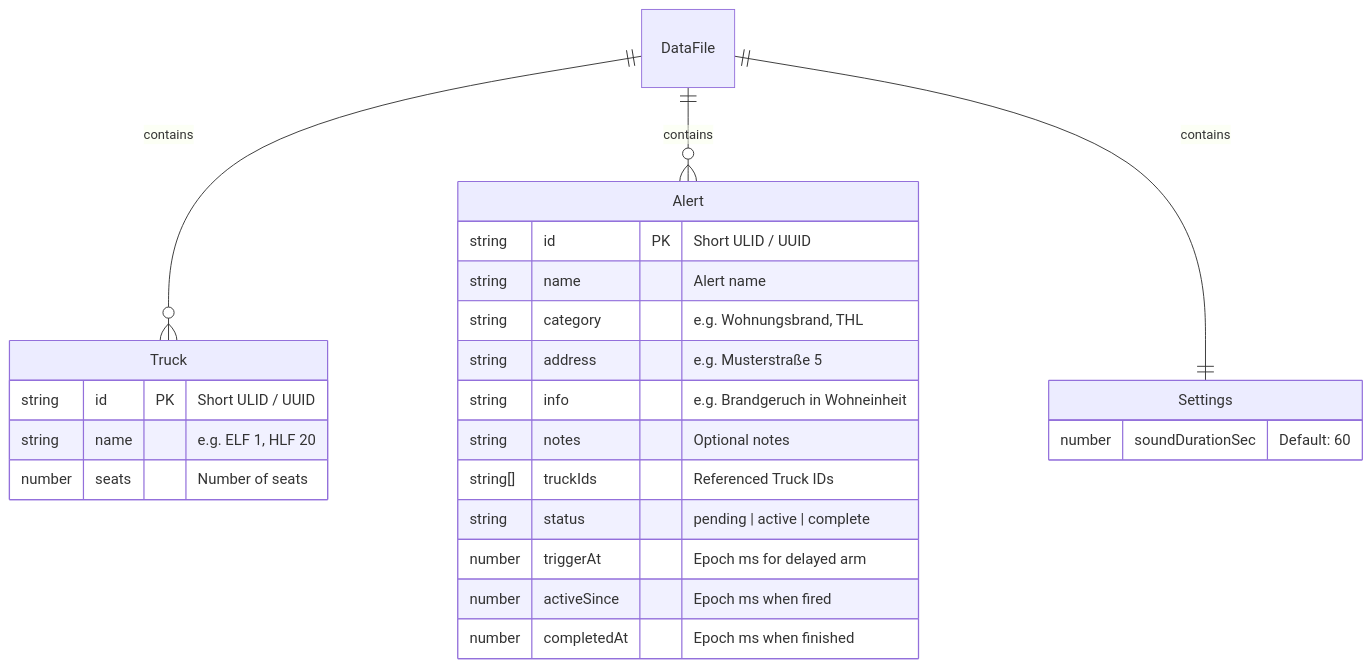
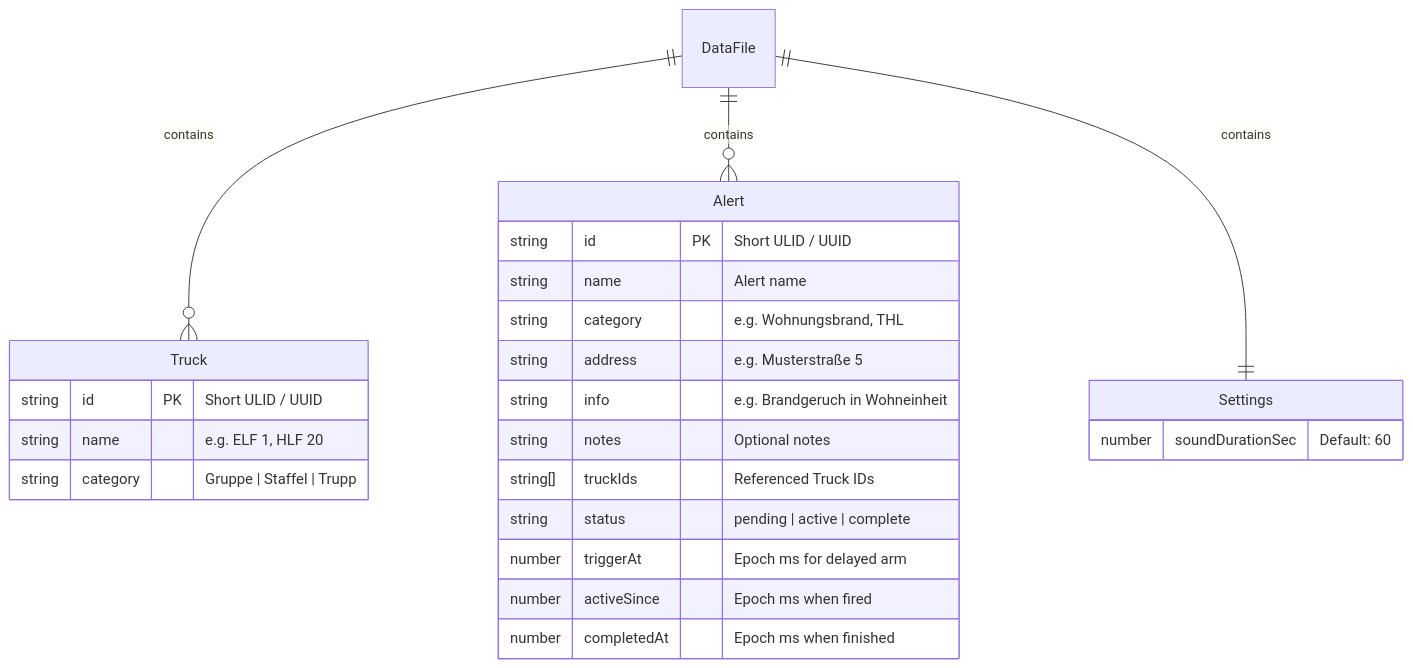
One commit to dwnoll/bft changed the second of 5 diagrams in docs/architecture.md. Above: the diagram before and after it, drawn with Mermaid. The commit also changed other lines of this file and 20 other files, not shown here.

````diff
--- a/docs/architecture.md
+++ b/docs/architecture.md
@@ -81,30 +113,30 @@
 ```mermaid
 erDiagram
     DataFile ||--o{ Truck : contains
     DataFile ||--o{ Alert : contains
     DataFile ||--|| Settings : contains
 
     Truck {
         string id PK "Short ULID / UUID"
         string name "e.g. ELF 1, HLF 20"
-        number seats "Number of seats"
+        string category "Gruppe | Staffel | Trupp"
     }
 
     Alert {
         string id PK "Short ULID / UUID"
         string name "Alert name"
         string category "e.g. Wohnungsbrand, THL"
         string address "e.g. Musterstraße 5"
         string info "e.g. Brandgeruch in Wohneinheit"
         string notes "Optional notes"
         string[] truckIds "Referenced Truck IDs"
         string status "pending | active | complete"
         number triggerAt "Epoch ms for delayed arm"
         number activeSince "Epoch ms when fired"
         number completedAt "Epoch ms when finished"
     }
 
     Settings {
         number soundDurationSec "Default: 60"
     }
 ```
````
